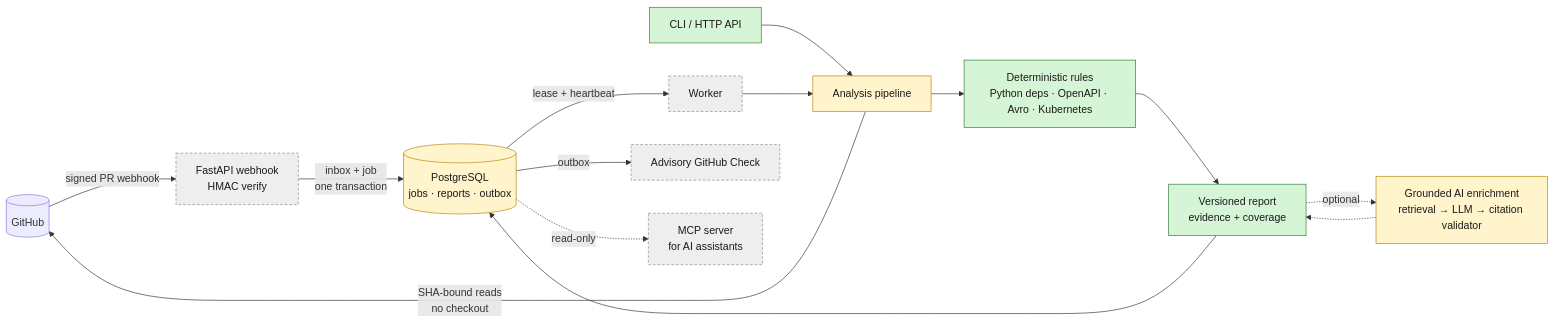
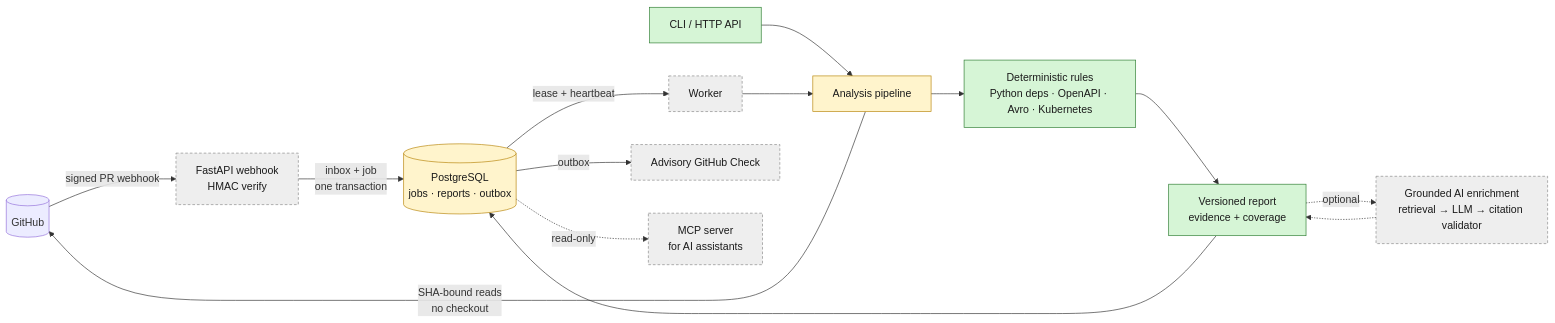
One commit to belimm01/changeguard-ai changed the diagram in README.md. Above: the diagram before and after it, drawn with Mermaid. The commit also changed other lines of this file and 37 other files, not shown here.

````diff
--- a/README.md
+++ b/README.md
@@ -27,23 +27,23 @@
 ```mermaid
 flowchart LR
     GH[(GitHub)] -- signed PR webhook --> WH[FastAPI webhook<br/>HMAC verify]
     CLI[CLI / HTTP API] --> PIPE
     WH -- inbox + job<br/>one transaction --> PG[(PostgreSQL<br/>jobs · reports · outbox)]
     PG -- lease + heartbeat --> WK[Worker]
     WK --> PIPE[Analysis pipeline]
     PIPE -- SHA-bound reads<br/>no checkout --> GH
     PIPE --> RULES[Deterministic rules<br/>Python deps · OpenAPI · Avro · Kubernetes]
     RULES --> RPT[Versioned report<br/>evidence + coverage]
     RPT -. optional .-> AI[Grounded AI enrichment<br/>retrieval → LLM → citation validator]
     AI -.-> RPT
     RPT --> PG
     PG -- outbox --> CHK[Advisory GitHub Check]
     PG -. read-only .-> MCP[MCP server<br/>for AI assistants]
 
     classDef done fill:#d6f5d6,stroke:#2e7d32,color:#1b1b1b;
     classDef wip fill:#fff4cc,stroke:#b8860b,color:#1b1b1b;
     classDef planned fill:#eeeeee,stroke:#888,color:#1b1b1b,stroke-dasharray:4 3;
     class CLI,RULES,RPT done;
-    class PIPE,PG,AI wip;
-    class WH,WK,CHK,MCP planned;
+    class PIPE,PG wip;
+    class WH,WK,AI,CHK,MCP planned;
 ```
````
